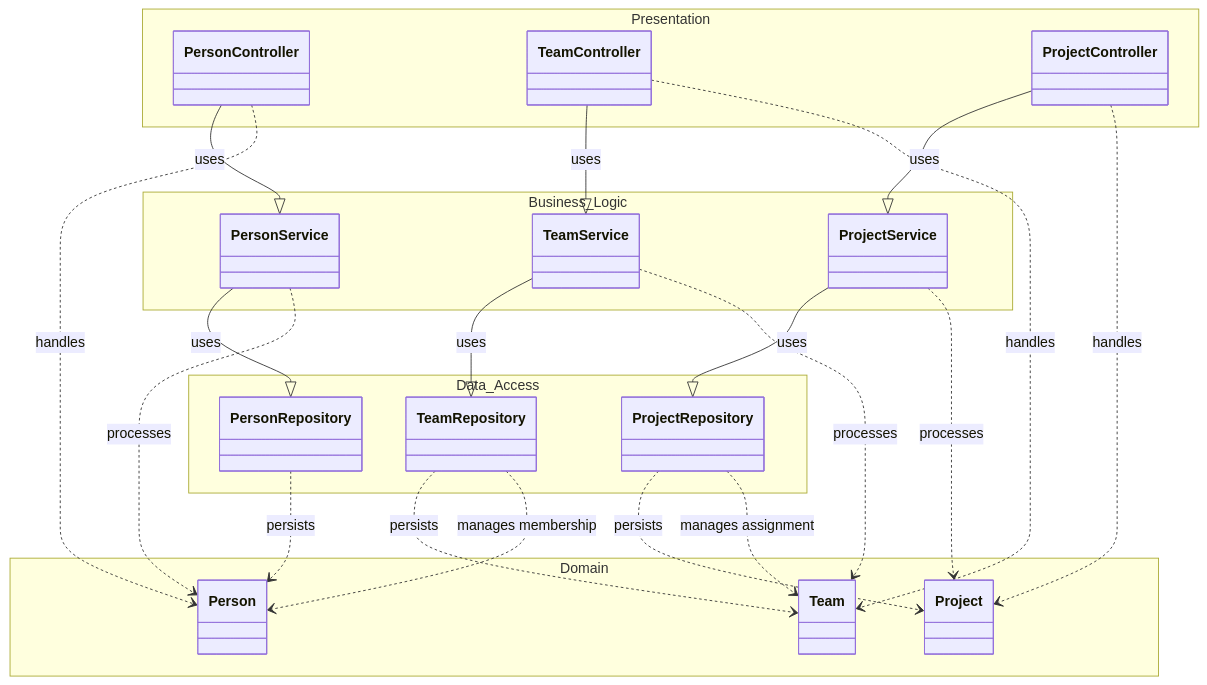
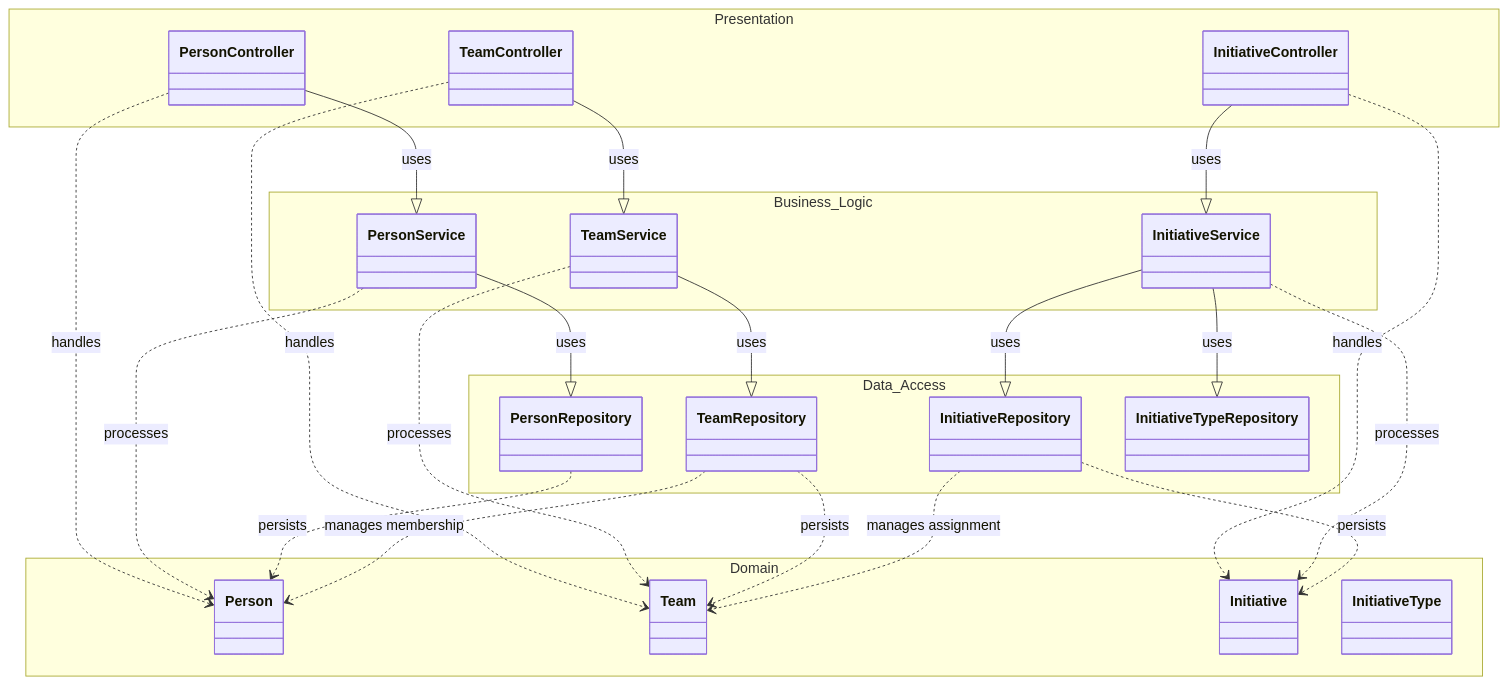
Before and after one commit to The-Band-Solution/eo_lib: the second of 4 diagrams in docs/sdd.md, drawn with Mermaid. The commit also changed other lines of this file and 38 other files, not shown here.

Commit message:
feat: refactor Project to Initiative and apply Agile standards

````diff
--- a/docs/sdd.md
+++ b/docs/sdd.md
@@ -134,51 +152,54 @@
 ```mermaid
 classDiagram
     %% Layers
     namespace Presentation {
         class PersonController
         class TeamController
-        class ProjectController
+        class InitiativeController
     }
     
     namespace Business_Logic {
         class PersonService
         class TeamService
-        class ProjectService
+        class InitiativeService
     }
     
     namespace Data_Access {
         class PersonRepository
         class TeamRepository
-        class ProjectRepository
+        class InitiativeRepository
+        class InitiativeTypeRepository
     }
     
     namespace Domain {
         class Person
         class Team
-        class Project
+        class Initiative
+        class InitiativeType
     }
 
     %% Dependencies
     PersonController --|> PersonService : uses
     TeamController --|> TeamService : uses
-    ProjectController --|> ProjectService : uses
+    InitiativeController --|> InitiativeService : uses
     
     PersonService --|> PersonRepository : uses
     TeamService --|> TeamRepository : uses
-    ProjectService --|> ProjectRepository : uses
+    InitiativeService --|> InitiativeRepository : uses
+    InitiativeService --|> InitiativeTypeRepository : uses
 
     %% Entities flow through all layers
     PersonController ..> Person : handles
     PersonService ..> Person : processes
     PersonRepository ..> Person : persists
 
     TeamController ..> Team : handles
     TeamService ..> Team : processes
     TeamRepository ..> Team : persists
     TeamRepository ..> Person : manages membership
 
-    ProjectController ..> Project : handles
-    ProjectService ..> Project : processes
-    ProjectRepository ..> Project : persists
-    ProjectRepository ..> Team : manages assignment
+    InitiativeController ..> Initiative : handles
+    InitiativeService ..> Initiative : processes
+    InitiativeRepository ..> Initiative : persists
+    InitiativeRepository ..> Team : manages assignment
 ```
````
